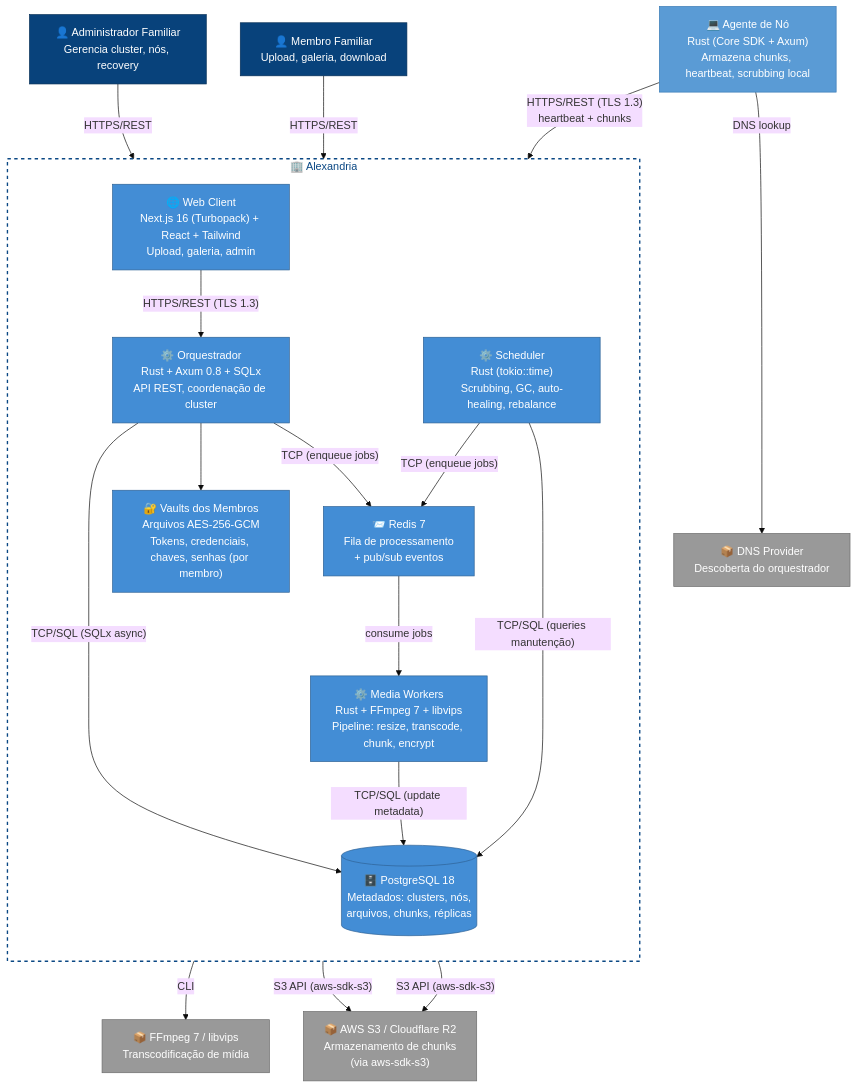
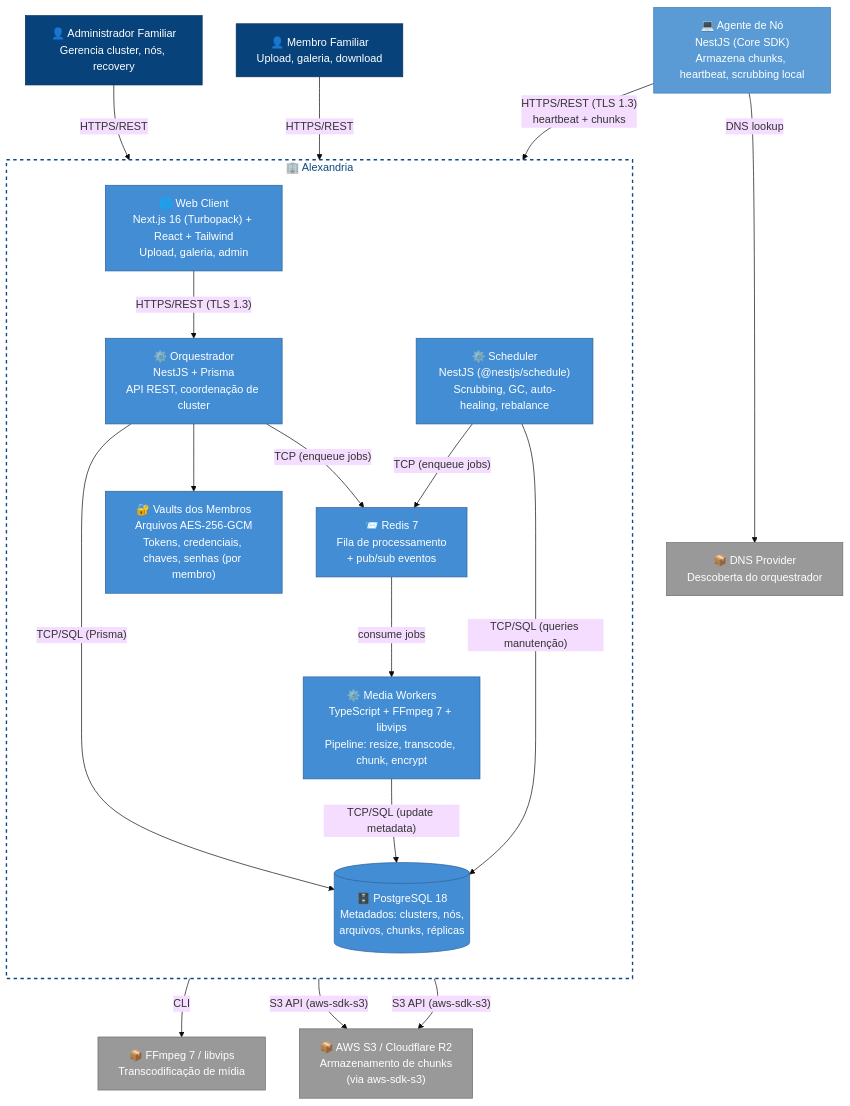
Before and after one commit to DouglasPrado/alexandria: the diagram in docs/diagrams/containers/container-diagram.mmd, drawn with Mermaid (base theme). The commit also changed 160 other files, not shown here.

```diff
--- a/docs/diagrams/containers/container-diagram.mmd
+++ b/docs/diagrams/containers/container-diagram.mmd
@@ -1,88 +1,88 @@
 %% C4 Nivel 2: Diagrama de Containers — Alexandria
 %% Referencia: docs/blueprint/06-system_architecture.md
-%% Versões: Rust + Axum 0.8, Next.js 16, PostgreSQL 18, Redis 7
+%% Versões: NestJS, Next.js 16, PostgreSQL 18, Redis 7
 
 graph TB
     %% -------------------------------------------------------
     %% Atores
     %% -------------------------------------------------------
     Admin["👤 Administrador Familiar<br/>Gerencia cluster, nós, recovery"]
     Membro["👤 Membro Familiar<br/>Upload, galeria, download"]
 
     %% -------------------------------------------------------
     %% Dispositivos / Nós
     %% -------------------------------------------------------
-    NodeAgent["💻 Agente de Nó<br/>Rust (Core SDK + Axum)<br/>Armazena chunks, heartbeat, scrubbing local"]
+    NodeAgent["💻 Agente de Nó<br/>NestJS (Core SDK)<br/>Armazena chunks, heartbeat, scrubbing local"]
 
     %% -------------------------------------------------------
     %% Fronteira do Sistema
     %% -------------------------------------------------------
     subgraph SystemBoundary["🏢 Alexandria"]
         direction TB
 
         WebApp["🌐 Web Client<br/>Next.js 16 (Turbopack) + React + Tailwind<br/>Upload, galeria, admin"]
 
-        API["⚙️ Orquestrador<br/>Rust + Axum 0.8 + SQLx<br/>API REST, coordenação de cluster"]
-        Workers["⚙️ Media Workers<br/>Rust + FFmpeg 7 + libvips<br/>Pipeline: resize, transcode, chunk, encrypt"]
-        Scheduler_C["⚙️ Scheduler<br/>Rust (tokio::time)<br/>Scrubbing, GC, auto-healing, rebalance"]
+        API["⚙️ Orquestrador<br/>NestJS + Prisma<br/>API REST, coordenação de cluster"]
+        Workers["⚙️ Media Workers<br/>TypeScript + FFmpeg 7 + libvips<br/>Pipeline: resize, transcode, chunk, encrypt"]
+        Scheduler_C["⚙️ Scheduler<br/>NestJS (@nestjs/schedule)<br/>Scrubbing, GC, auto-healing, rebalance"]
 
         DB[("🗄️ PostgreSQL 18<br/>Metadados: clusters, nós,<br/>arquivos, chunks, réplicas")]
         Queue["📨 Redis 7<br/>Fila de processamento<br/>+ pub/sub eventos"]
         Vault_C["🔐 Vaults dos Membros<br/>Arquivos AES-256-GCM<br/>Tokens, credenciais, chaves, senhas (por membro)"]
     end
 
     %% -------------------------------------------------------
     %% Sistemas Externos
     %% -------------------------------------------------------
     S3["📦 AWS S3 / Cloudflare R2<br/>Armazenamento de chunks<br/>(via aws-sdk-s3)"]
     FFmpeg_C["📦 FFmpeg 7 / libvips<br/>Transcodificação de mídia"]
     DNS_C["📦 DNS Provider<br/>Descoberta do orquestrador"]
 
     %% -------------------------------------------------------
     %% Relacionamentos — Atores
     %% -------------------------------------------------------
     Admin -->|"HTTPS/REST"| WebApp
     Membro -->|"HTTPS/REST"| WebApp
 
     %% -------------------------------------------------------
     %% Frontend → Backend
     %% -------------------------------------------------------
     WebApp -->|"HTTPS/REST (TLS 1.3)"| API
 
     %% -------------------------------------------------------
     %% Backend interno
     %% -------------------------------------------------------
-    API -->|"TCP/SQL (SQLx async)"| DB
+    API -->|"TCP/SQL (Prisma)"| DB
     API -->|"TCP (enqueue jobs)"| Queue
     Queue -->|"consume jobs"| Workers
     Workers -->|"CLI"| FFmpeg_C
     Workers -->|"TCP/SQL (update metadata)"| DB
     Scheduler_C -->|"TCP/SQL (queries manutenção)"| DB
     Scheduler_C -->|"TCP (enqueue jobs)"| Queue
     API --> Vault_C
 
     %% -------------------------------------------------------
     %% Storage e Nós
     %% -------------------------------------------------------
     API -->|"S3 API (aws-sdk-s3)"| S3
     Workers -->|"S3 API (aws-sdk-s3)"| S3
     NodeAgent -->|"HTTPS/REST (TLS 1.3)<br/>heartbeat + chunks"| API
     NodeAgent -->|"DNS lookup"| DNS_C
 
     %% -------------------------------------------------------
     %% Estilos C4
     %% -------------------------------------------------------
     style SystemBoundary fill:none,stroke:#0b4884,stroke-width:2px,stroke-dasharray:5 5,color:#0b4884
     style WebApp fill:#438dd5,stroke:#2e6295,color:#fff
     style API fill:#438dd5,stroke:#2e6295,color:#fff
     style Workers fill:#438dd5,stroke:#2e6295,color:#fff
     style Scheduler_C fill:#438dd5,stroke:#2e6295,color:#fff
     style DB fill:#438dd5,stroke:#2e6295,color:#fff
     style Queue fill:#438dd5,stroke:#2e6295,color:#fff
     style Vault_C fill:#438dd5,stroke:#2e6295,color:#fff
     style Admin fill:#08427b,stroke:#052e56,color:#fff
     style Membro fill:#08427b,stroke:#052e56,color:#fff
     style NodeAgent fill:#5a9bd5,stroke:#3a7bb5,color:#fff
     style S3 fill:#999999,stroke:#6b6b6b,color:#fff
     style FFmpeg_C fill:#999999,stroke:#6b6b6b,color:#fff
     style DNS_C fill:#999999,stroke:#6b6b6b,color:#fff
```
